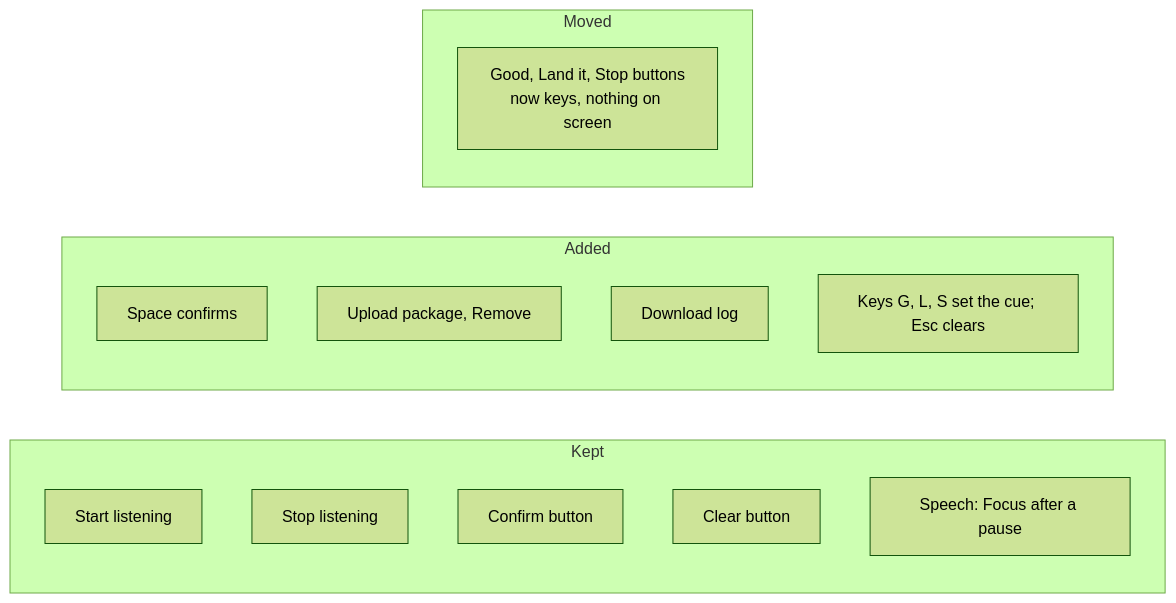
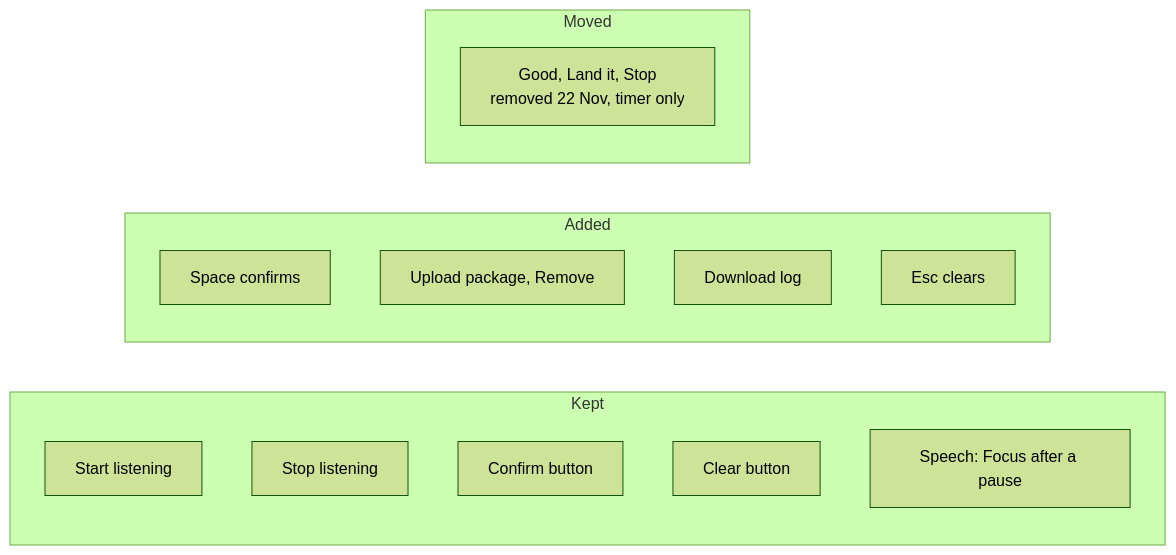
The diagram in docs/asdg/08-low-level-design/03.7.3-s004-controls-and-inputs.md (Elustondo-ai/alice.good.meetings), drawn with Mermaid (forest theme) before and after one commit. The commit also changed other lines of this file and 49 other files, not shown here.

````diff
--- a/docs/asdg/08-low-level-design/03.7.3-s004-controls-and-inputs.md
+++ b/docs/asdg/08-low-level-design/03.7.3-s004-controls-and-inputs.md
@@ -5,19 +5,19 @@
 ```mermaid
 flowchart LR
     subgraph Kept
       A["Start listening"]
       B["Stop listening"]
       C["Confirm button"]
       D["Clear button"]
       E["Speech: Focus after a pause"]
     end
     subgraph Added
       F["Space confirms"]
       G["Upload package, Remove"]
       H["Download log"]
-      J["Keys G, L, S set the cue; Esc clears"]
+      J["Esc clears"]
     end
     subgraph Moved
-      I["Good, Land it, Stop buttons<br/>now keys, nothing on screen"]
+      I["Good, Land it, Stop<br/>removed 22 Nov, timer only"]
     end
 ```
````
